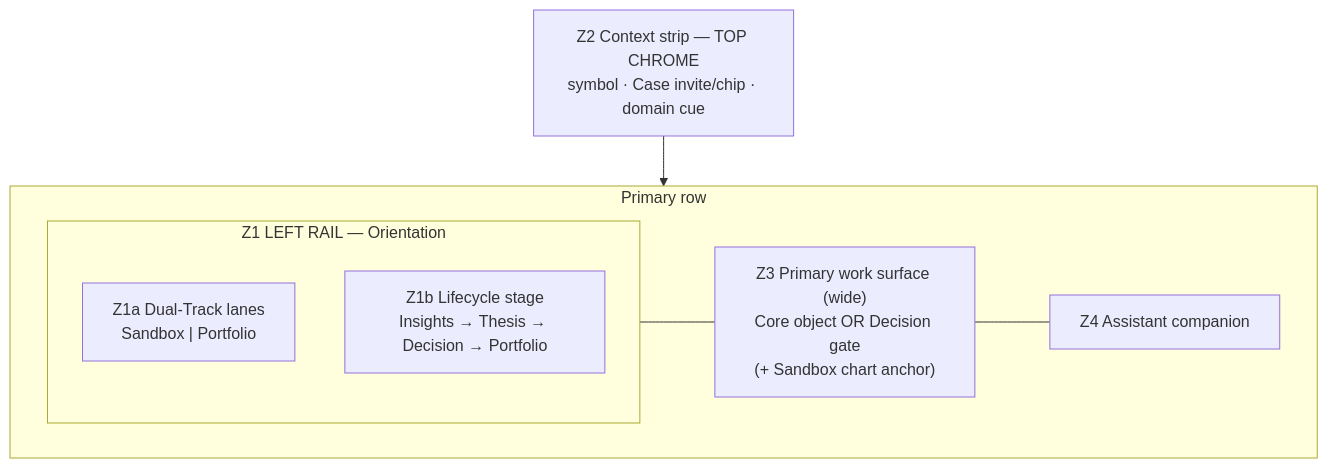
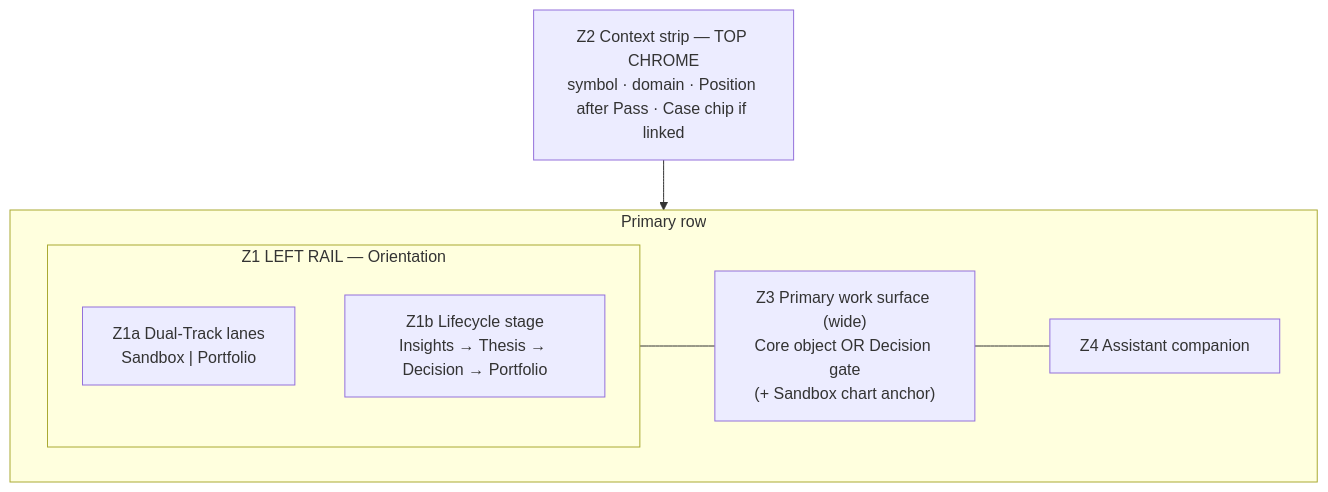
The fourth of 6 diagrams in docs/system/CONCEPTUAL_IA_MAP.md (d-dragon/dp-stock-investment-assistant), drawn with Mermaid before and after one commit. The commit also changed other lines of this file and 4 other files, not shown here.

````diff
--- a/docs/system/CONCEPTUAL_IA_MAP.md
+++ b/docs/system/CONCEPTUAL_IA_MAP.md
@@ -204,15 +210,15 @@
 ```mermaid
 flowchart TB
-  Z2["Z2 Context strip — TOP CHROME<br/>symbol · Case invite/chip · domain cue"]
+  Z2["Z2 Context strip — TOP CHROME<br/>symbol · domain · Position after Pass · Case chip if linked"]
   subgraph Mid["Primary row"]
     subgraph Z1["Z1 LEFT RAIL — Orientation"]
       Z1a["Z1a Dual-Track lanes<br/>Sandbox | Portfolio"]
       Z1b["Z1b Lifecycle stage<br/>Insights → Thesis → Decision → Portfolio"]
     end
     Z3["Z3 Primary work surface (wide)<br/>Core object OR Decision gate<br/>(+ Sandbox chart anchor)"]
     Z4["Z4 Assistant companion"]
   end
   Z2 --> Mid
   Z1 --- Z3
   Z3 --- Z4
 ```
````
